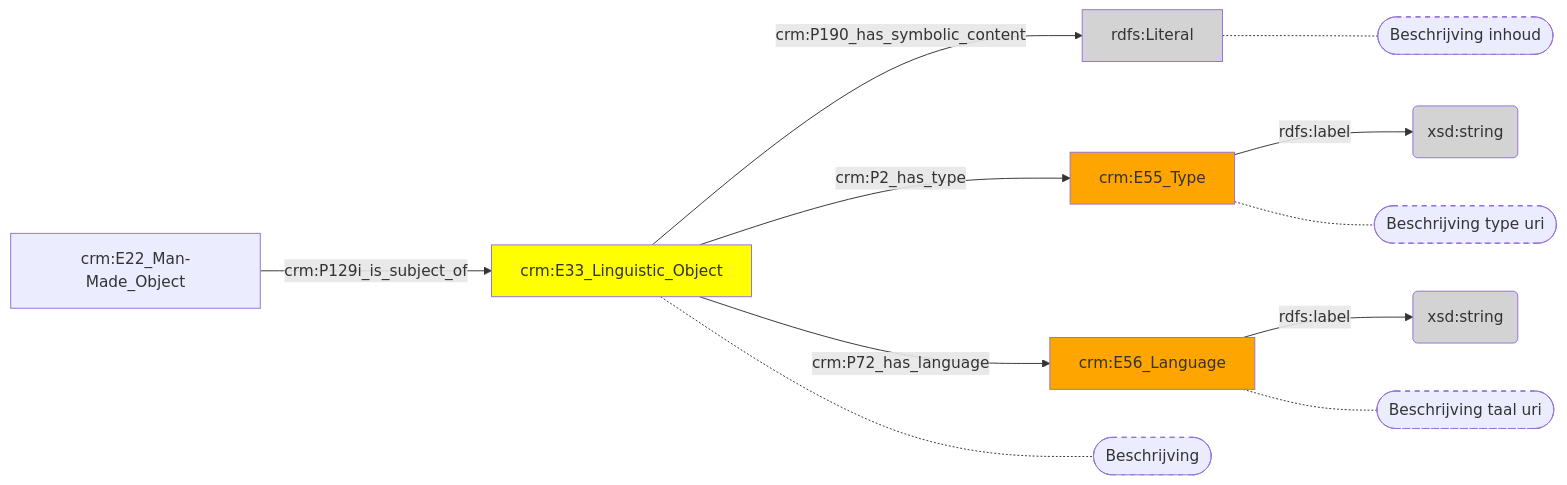
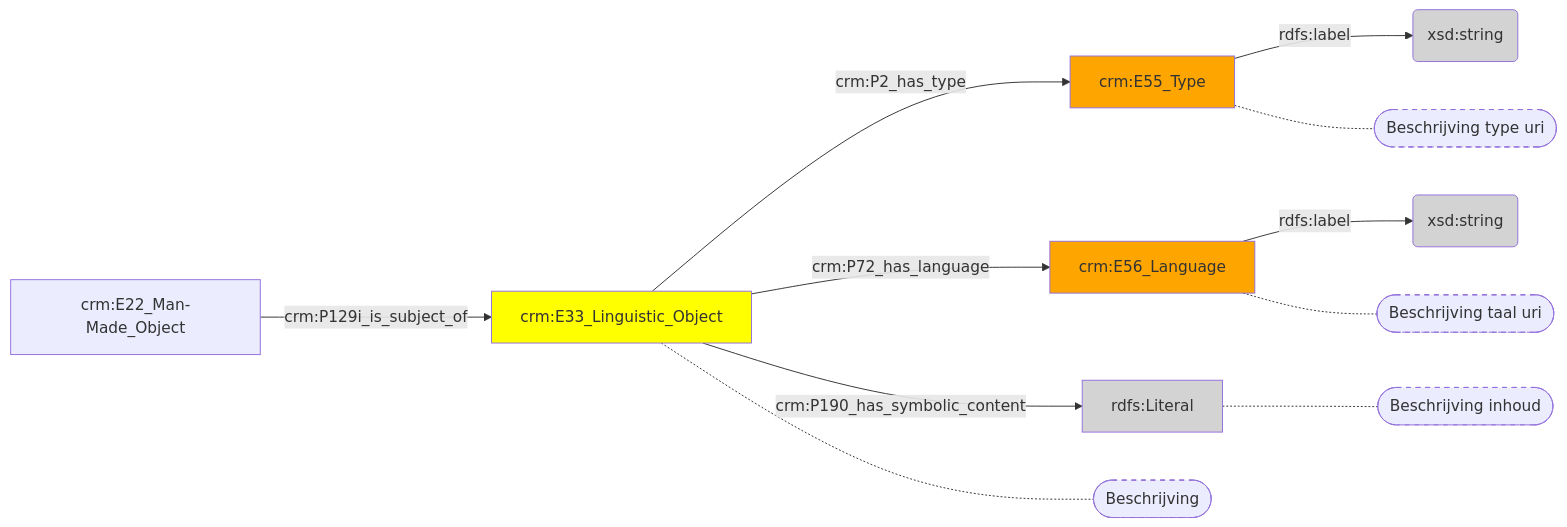
Before and after one commit to digipolisantwerpdocumentation/antwerp-cultureel-erfgoed: the diagram in docs/content/modellen/ProductInstance/Inhoud.md, drawn with Mermaid. The commit also changed other lines of this file and 173 other files, not shown here.

````diff
--- a/docs/content/modellen/ProductInstance/Inhoud.md
+++ b/docs/content/modellen/ProductInstance/Inhoud.md
@@ -1,23 +1,23 @@
 ```mermaid
 graph LR
+2a29bfd2-5232-11ee-b0c4-00163e71351b["crm:E33_Linguistic_Object"]-->|"crm:P2_has_type"|2a29c5d6-5232-11ee-b0c4-00163e71351b["crm:E55_Type"]
+2a29bfd2-5232-11ee-b0c4-00163e71351b["crm:E33_Linguistic_Object"]-->|"crm:P72_has_language"|2a29c7a2-5232-11ee-b0c4-00163e71351b["crm:E56_Language"]
+9503f17e-4729-11ee-974d-00163e71351b["crm:E22_Man-Made_Object"]-->|"crm:P129i_is_subject_of"|2a29bfd2-5232-11ee-b0c4-00163e71351b["crm:E33_Linguistic_Object"]
 2a29bfd2-5232-11ee-b0c4-00163e71351b["crm:E33_Linguistic_Object"]-->|"crm:P190_has_symbolic_content"|2a29c3a6-5232-11ee-b0c4-00163e71351b(rdfs:Literal)
 2a29c5d6-5232-11ee-b0c4-00163e71351b["crm:E55_Type"]-->|"rdfs:label"|2a29c4dc-5232-11ee-b0c4-00163e71351b(xsd:string)
 2a29c7a2-5232-11ee-b0c4-00163e71351b["crm:E56_Language"]-->|"rdfs:label"|2a29c6bc-5232-11ee-b0c4-00163e71351b(xsd:string)
-2a29bfd2-5232-11ee-b0c4-00163e71351b["crm:E33_Linguistic_Object"]-->|"crm:P2_has_type"|2a29c5d6-5232-11ee-b0c4-00163e71351b["crm:E55_Type"]
-2a29bfd2-5232-11ee-b0c4-00163e71351b["crm:E33_Linguistic_Object"]-->|"crm:P72_has_language"|2a29c7a2-5232-11ee-b0c4-00163e71351b["crm:E56_Language"]
-9503f17e-4729-11ee-974d-00163e71351b["crm:E22_Man-Made_Object"]-->|"crm:P129i_is_subject_of"|2a29bfd2-5232-11ee-b0c4-00163e71351b["crm:E33_Linguistic_Object"]
 style 2a29c3a6-5232-11ee-b0c4-00163e71351b_s stroke-dasharray: 5
 style 2a29c5d6-5232-11ee-b0c4-00163e71351b_s stroke-dasharray: 5
 style 2a29c7a2-5232-11ee-b0c4-00163e71351b_s stroke-dasharray: 5
 style 2a29bfd2-5232-11ee-b0c4-00163e71351b_s stroke-dasharray: 5
 2a29c3a6-5232-11ee-b0c4-00163e71351b["rdfs:Literal"]-.-2a29c3a6-5232-11ee-b0c4-00163e71351b_s(["Beschrijving inhoud"])
 2a29c5d6-5232-11ee-b0c4-00163e71351b["crm:E55_Type"]-.-2a29c5d6-5232-11ee-b0c4-00163e71351b_s(["Beschrijving type uri"])
 2a29c7a2-5232-11ee-b0c4-00163e71351b["crm:E56_Language"]-.-2a29c7a2-5232-11ee-b0c4-00163e71351b_s(["Beschrijving taal uri"])
 2a29bfd2-5232-11ee-b0c4-00163e71351b["crm:E33_Linguistic_Object"]-.-2a29bfd2-5232-11ee-b0c4-00163e71351b_s(["Beschrijving"])
 style 2a29bfd2-5232-11ee-b0c4-00163e71351b fill:#ffff00
 style 2a29c3a6-5232-11ee-b0c4-00163e71351b fill:#D3D3D3
 style 2a29c4dc-5232-11ee-b0c4-00163e71351b fill:#D3D3D3
 style 2a29c5d6-5232-11ee-b0c4-00163e71351b fill:#ffa500
 style 2a29c6bc-5232-11ee-b0c4-00163e71351b fill:#D3D3D3
 style 2a29c7a2-5232-11ee-b0c4-00163e71351b fill:#ffa500
 ```
````
